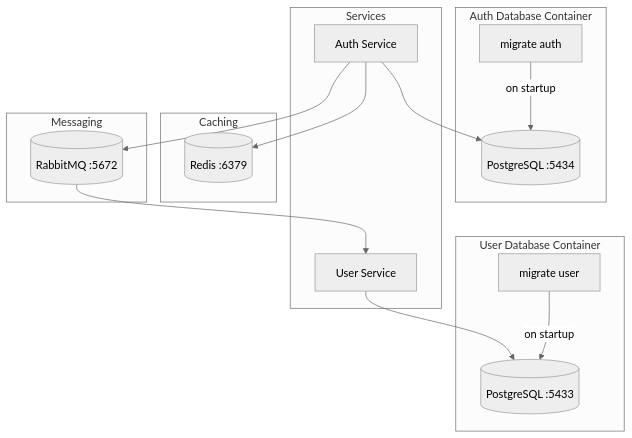
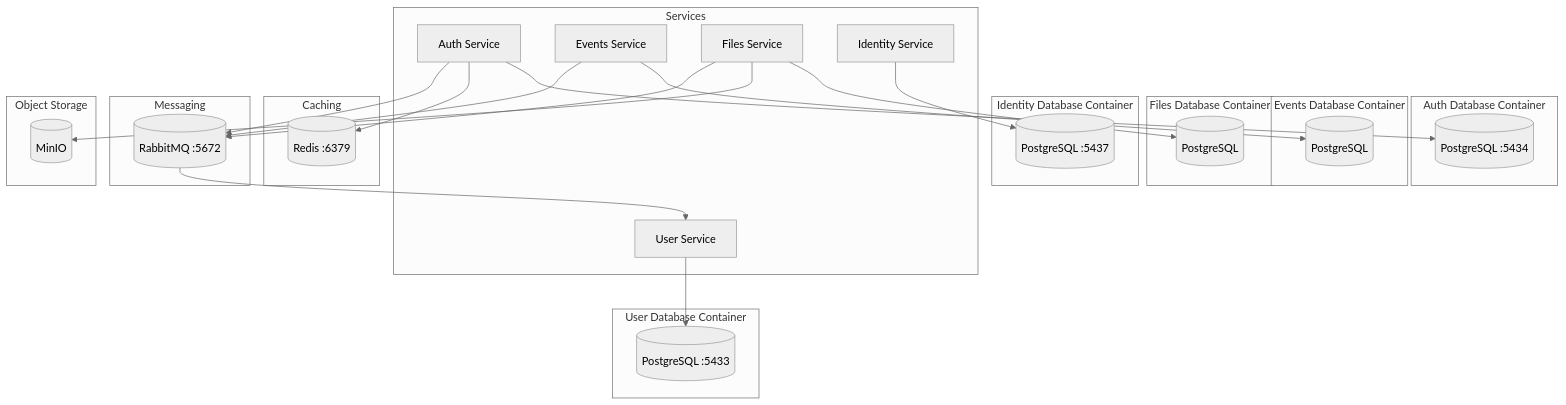
One commit to Nechja/hellArch changed the first of 2 diagrams in docs/architecture/data-storage.md. Above: the diagram before and after it, drawn with Mermaid (neutral theme). The commit also changed other lines of this file and 4 other files, not shown here.

````diff
--- a/docs/architecture/data-storage.md
+++ b/docs/architecture/data-storage.md
@@ -7,33 +7,54 @@
 ```mermaid
 graph TB
     subgraph Auth Database Container
         AUTH_PG[(PostgreSQL :5434)]
-        AUTH_MIG[migrate auth]
     end
 
     subgraph User Database Container
         USER_PG[(PostgreSQL :5433)]
-        USER_MIG[migrate user]
+    end
+
+    subgraph Events Database Container
+        EVENTS_PG[(PostgreSQL)]
+    end
+
+    subgraph Files Database Container
+        FILES_PG[(PostgreSQL)]
+    end
+
+    subgraph Identity Database Container
+        IDENTITY_PG[(PostgreSQL :5437)]
     end
 
     subgraph Services
         AUTH[Auth Service]
         USER[User Service]
+        EVENTS[Events Service]
+        FILES[Files Service]
+        IDENTITY[Identity Service]
     end
 
     subgraph Caching
         REDIS[(Redis :6379)]
     end
 
     subgraph Messaging
         RABBIT[(RabbitMQ :5672)]
     end
 
-    AUTH_MIG -->|on startup| AUTH_PG
-    USER_MIG -->|on startup| USER_PG
+    subgraph Object Storage
+        MINIO[(MinIO)]
+    end
+
     AUTH --> AUTH_PG
     AUTH --> REDIS
     AUTH --> RABBIT
     USER --> USER_PG
+    EVENTS --> EVENTS_PG
+    EVENTS --> RABBIT
+    FILES --> FILES_PG
+    FILES --> MINIO
+    FILES --> RABBIT
+    IDENTITY --> IDENTITY_PG
     RABBIT --> USER
 ```
````
